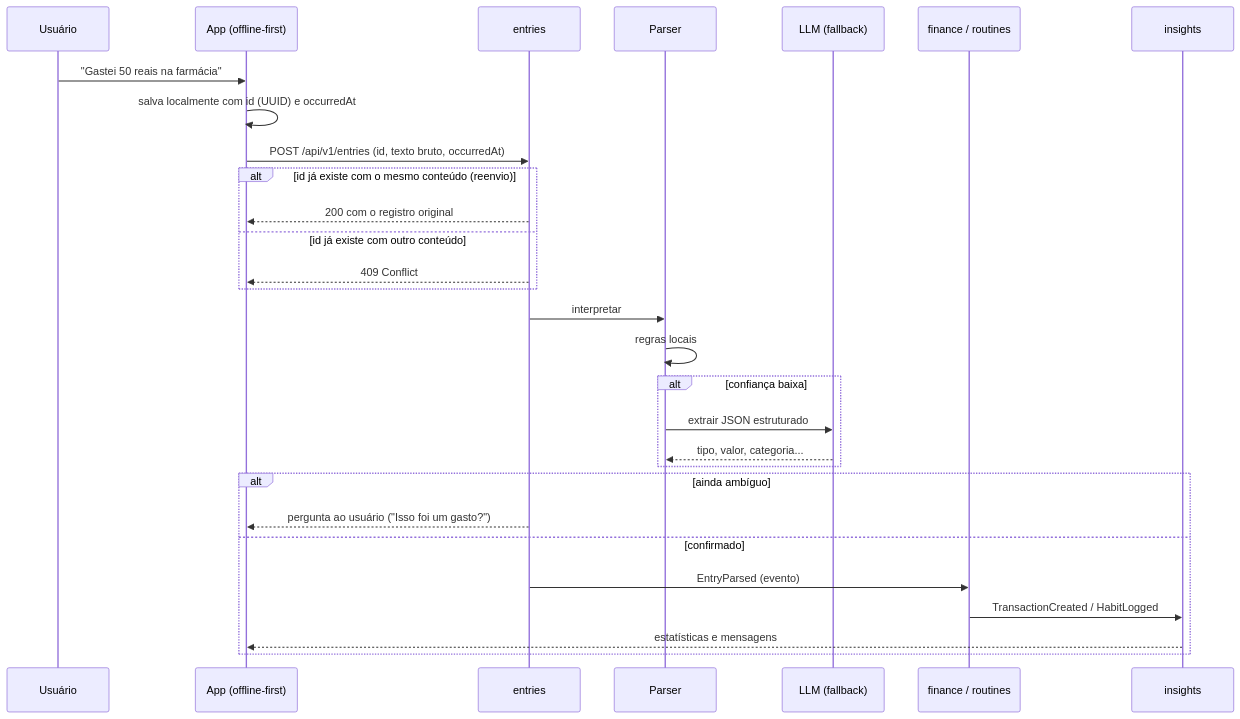
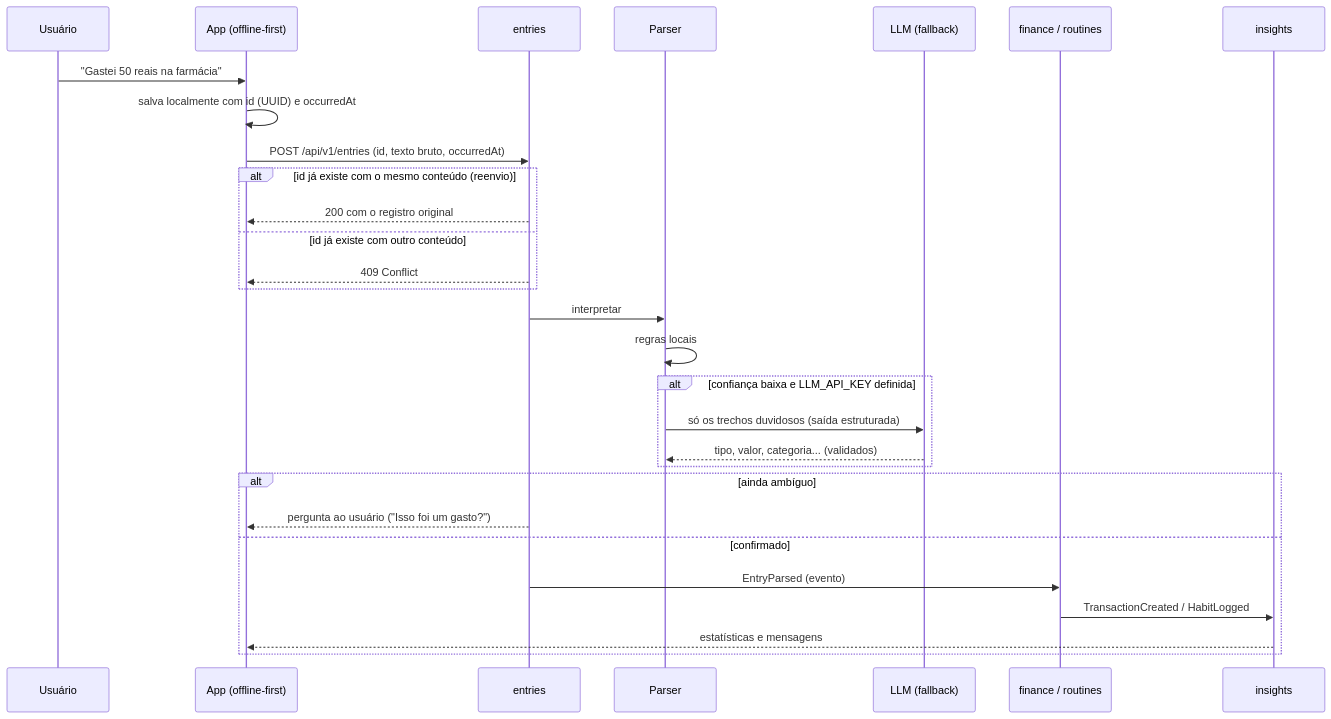
One commit to GabrieliModollo/mydly changed the first of 6 diagrams in docs/arquitetura.md. Above: the diagram before and after it, drawn with Mermaid. The commit also changed other lines of this file and 5 other files, not shown here.

````diff
--- a/docs/arquitetura.md
+++ b/docs/arquitetura.md
@@ -11,32 +11,32 @@
 ```mermaid
 sequenceDiagram
     participant U as Usuário
     participant App as App (offline-first)
     participant E as entries
     participant P as Parser
     participant LLM as LLM (fallback)
     participant D as finance / routines
     participant I as insights
 
     U->>App: "Gastei 50 reais na farmácia"
     App->>App: salva localmente com id (UUID) e occurredAt
     App->>E: POST /api/v1/entries (id, texto bruto, occurredAt)
     alt id já existe com o mesmo conteúdo (reenvio)
         E-->>App: 200 com o registro original
     else id já existe com outro conteúdo
         E-->>App: 409 Conflict
     end
     E->>P: interpretar
     P->>P: regras locais
-    alt confiança baixa
-        P->>LLM: extrair JSON estruturado
-        LLM-->>P: tipo, valor, categoria...
+    alt confiança baixa e LLM_API_KEY definida
+        P->>LLM: só os trechos duvidosos (saída estruturada)
+        LLM-->>P: tipo, valor, categoria... (validados)
     end
     alt ainda ambíguo
         E-->>App: pergunta ao usuário ("Isso foi um gasto?")
     else confirmado
         E->>D: EntryParsed (evento)
         D->>I: TransactionCreated / HabitLogged
         I-->>App: estatísticas e mensagens
     end
 ```
````
